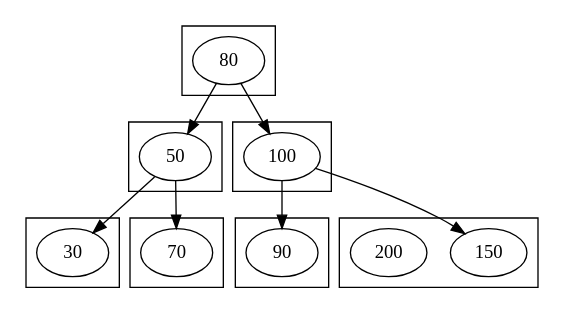
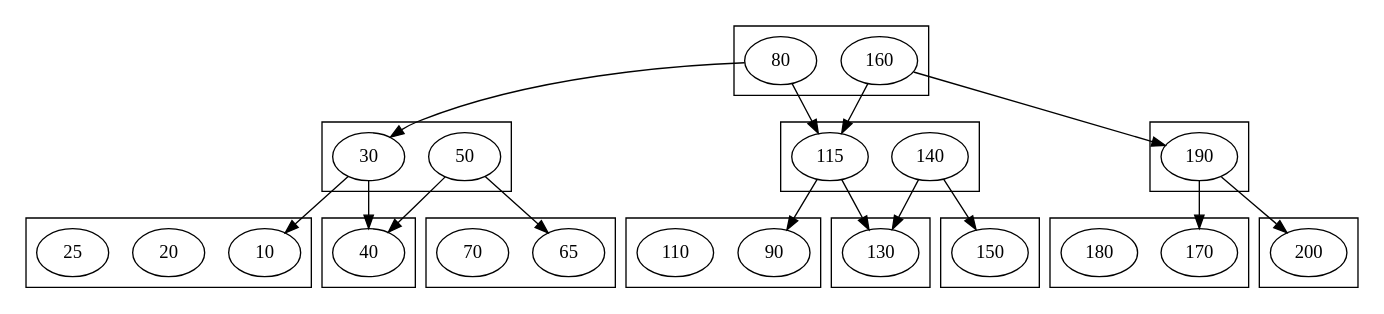
The diagram in aisd/lab4b/tree_pic.dot (kargamant/my_labs), drawn with Graphviz before and after one commit. The commit also changed 11 other files, not shown here.

```diff
--- a/aisd/lab4b/tree_pic.dot
+++ b/aisd/lab4b/tree_pic.dot
@@ -1,30 +1,60 @@
 digraph {
-subgraph cluster_0 {
+subgraph cluster_41 {
 80
+160
 }
-80->50
-80->100
-subgraph cluster_1 {
+80->30
+80->115
+160->115
+160->190
+subgraph cluster_42 {
+30
 50
 }
-50->30
-50->70
-subgraph cluster_2 {
-30
+30->10
+30->40
+50->40
+50->65
+subgraph cluster_43 {
+10
+20
+25
 }
-subgraph cluster_3 {
+subgraph cluster_44 {
+40
+}
+subgraph cluster_45 {
+65
 70
 }
-subgraph cluster_4 {
-100
+subgraph cluster_46 {
+115
+140
 }
-100->90
-100->150
-subgraph cluster_5 {
+115->90
+115->130
+140->130
+140->150
+subgraph cluster_47 {
 90
+110
 }
-subgraph cluster_6 {
+subgraph cluster_48 {
+130
+}
+subgraph cluster_49 {
 150
+}
+subgraph cluster_50 {
+190
+}
+190->170
+190->200
+subgraph cluster_51 {
+170
+180
+}
+subgraph cluster_52 {
 200
 }
 }
```
